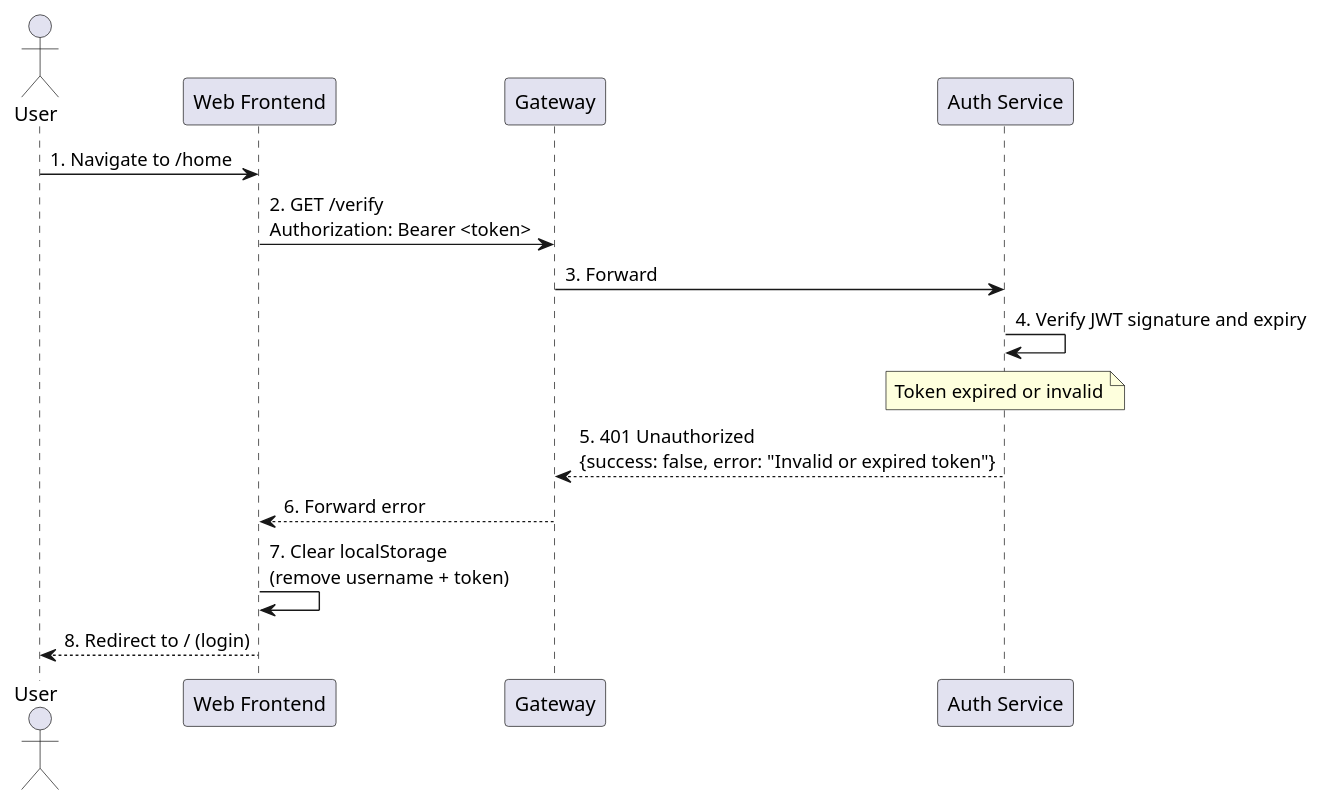
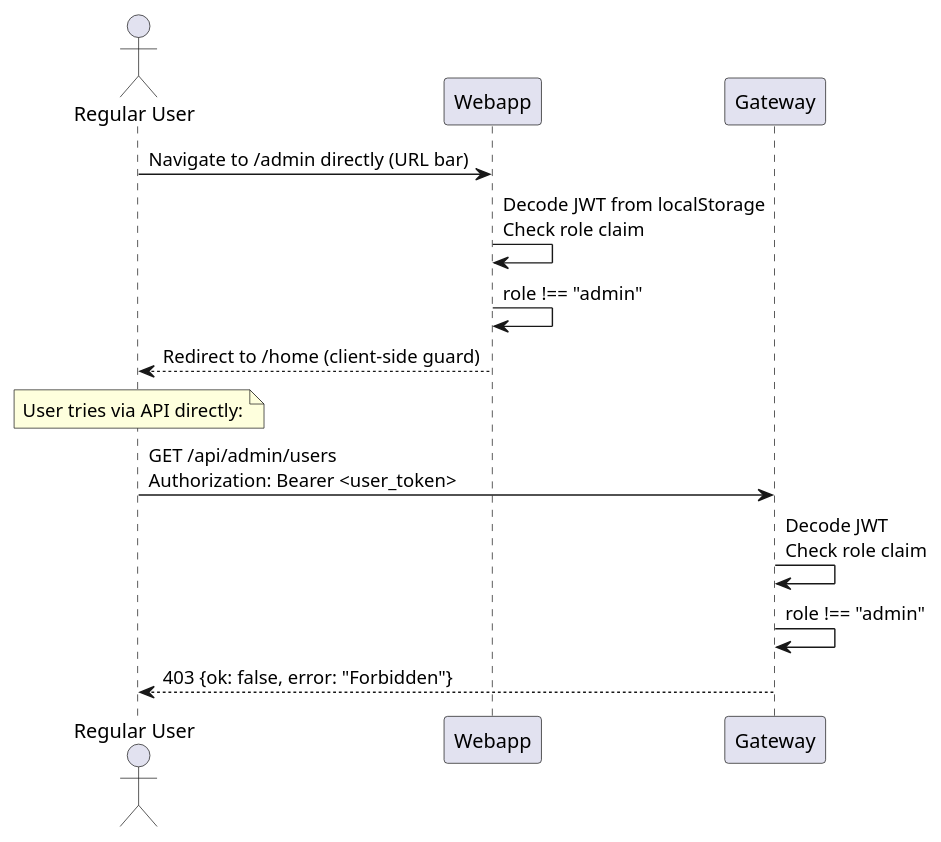
Before and after one commit to Arquisoft/yovi_en2c: diagram 11 of 11 in docs/src/06_runtime_view.adoc, drawn with PlantUML. The commit also changed other lines of this file, not shown here.

```diff
--- a/docs/src/06_runtime_view.adoc
+++ b/docs/src/06_runtime_view.adoc
@@ -320,22 +464,19 @@
-[plantuml,"Invalid Token",png]
+[plantuml,"Unauthorized Admin Access",png]
 ----
 @startuml
-actor "User" as User
-participant "Web Frontend" as Webapp
-participant "Gateway" as Gateway
-participant "Auth Service" as Auth
+actor "Regular User" as User
+participant "Webapp" as WA
+participant "Gateway" as GW
 
-User -> Webapp: 1. Navigate to /home
-Webapp -> Gateway: 2. GET /verify\nAuthorization: Bearer <token>
-Gateway -> Auth: 3. Forward
+User -> WA: Navigate to /admin directly (URL bar)
+WA -> WA: Decode JWT from localStorage\nCheck role claim
+WA -> WA: role !== "admin"
+WA --> User: Redirect to /home (client-side guard)
 
-Auth -> Auth: 4. Verify JWT signature and expiry
-
-note over Auth: Token expired or invalid
-
-Auth --> Gateway: 5. 401 Unauthorized\n{success: false, error: "Invalid or expired token"}
-Gateway --> Webapp: 6. Forward error
-Webapp -> Webapp: 7. Clear localStorage\n(remove username + token)
-Webapp --> User: 8. Redirect to / (login)
+note over User: User tries via API directly:
+User -> GW: GET /api/admin/users\nAuthorization: Bearer <user_token>
+GW -> GW: Decode JWT\nCheck role claim
+GW -> GW: role !== "admin"
+GW --> User: 403 {ok: false, error: "Forbidden"}
 @enduml
 ----
```
